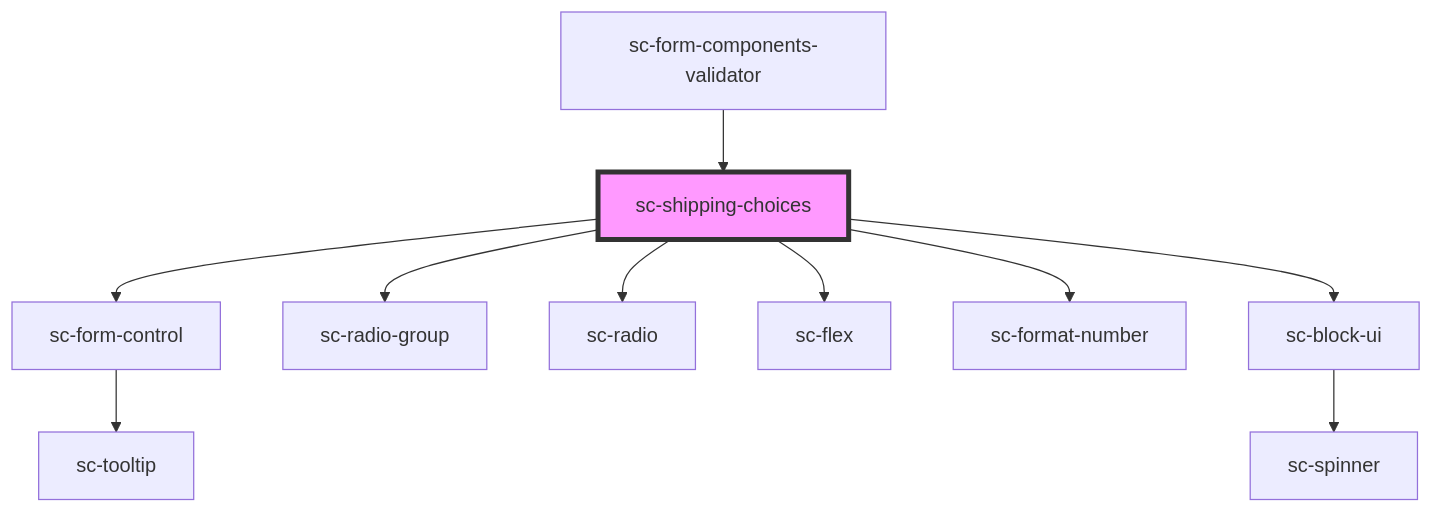
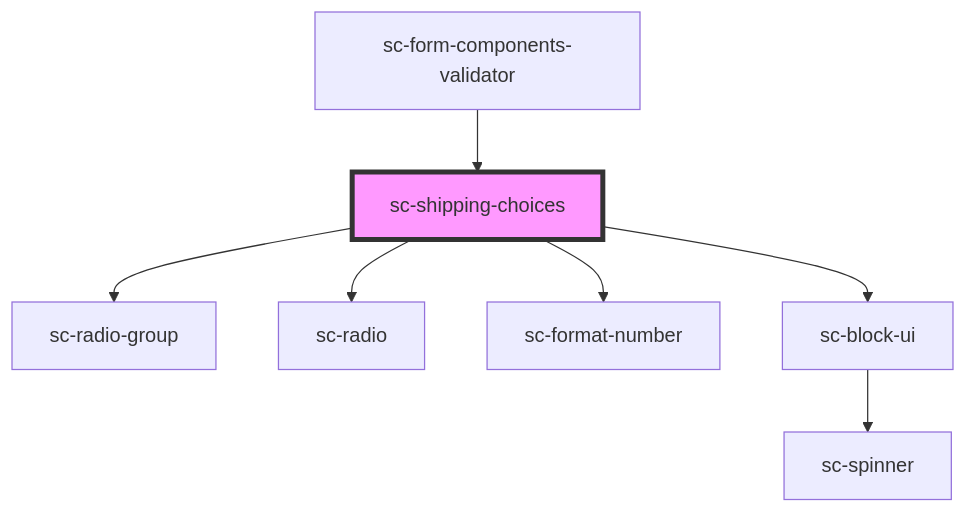
One commit to surecart/surecart-wp-plugin changed the diagram in packages/components/src/components/ui/sc-shipping-choices/readme.md. Above: the diagram before and after it, drawn with Mermaid. The commit also changed other lines of this file and 17 other files, not shown here.

````diff
--- a/packages/components/src/components/ui/sc-shipping-choices/readme.md
+++ b/packages/components/src/components/ui/sc-shipping-choices/readme.md
@@ -40,13 +38,10 @@
 ```mermaid
 graph TD;
-  sc-shipping-choices --> sc-form-control
   sc-shipping-choices --> sc-radio-group
   sc-shipping-choices --> sc-radio
-  sc-shipping-choices --> sc-flex
   sc-shipping-choices --> sc-format-number
   sc-shipping-choices --> sc-block-ui
-  sc-form-control --> sc-tooltip
   sc-block-ui --> sc-spinner
   sc-form-components-validator --> sc-shipping-choices
   style sc-shipping-choices fill:#f9f,stroke:#333,stroke-width:4px
 ```
````
